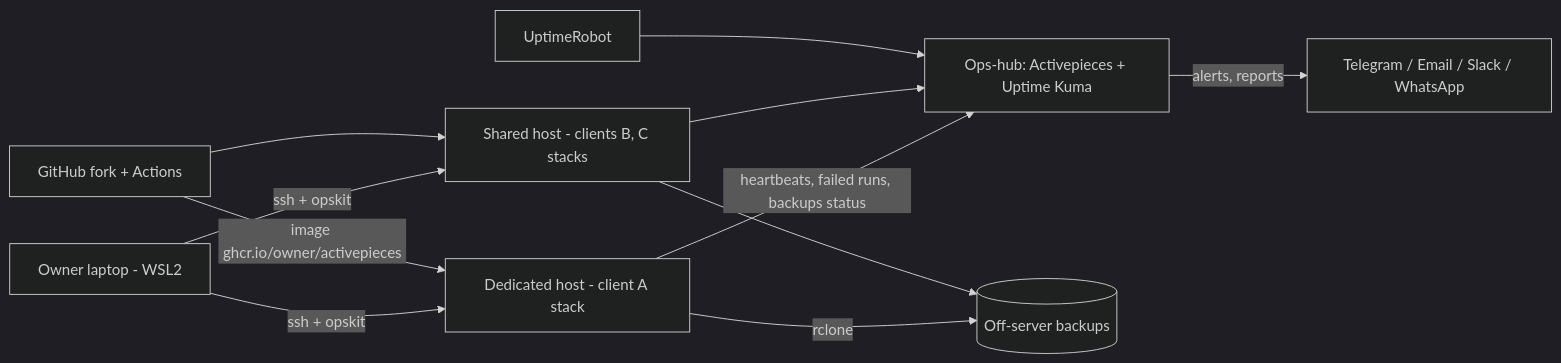
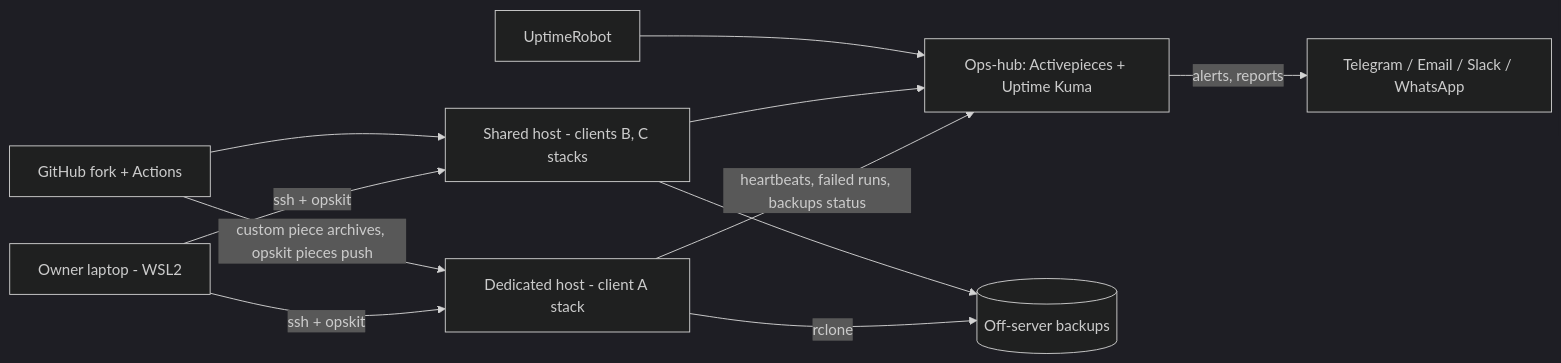
Before and after one commit to sameul-cmd/activepieces: the diagram in docs/TECH_ARCHITECTURE.md, drawn with Mermaid (dark theme). The commit also changed other lines of this file and 7 other files, not shown here.

First line of the commit message:
docs(opskit): switch custom pieces to uploads, close phase 0, plan phase 1

````diff
--- a/docs/TECH_ARCHITECTURE.md
+++ b/docs/TECH_ARCHITECTURE.md
@@ -6,13 +6,13 @@
 ```mermaid
 flowchart LR
   OP[Owner laptop - WSL2] -->|ssh + opskit| H1[Dedicated host - client A stack]
   OP -->|ssh + opskit| H2[Shared host - clients B, C stacks]
-  GH[GitHub fork + Actions] -->|image ghcr.io/owner/activepieces| H1
+  GH[GitHub fork + Actions] -->|custom piece archives, opskit pieces push| H1
   GH --> H2
   H1 -->|heartbeats, failed runs, backups status| HUB[Ops-hub: Activepieces + Uptime Kuma]
   H2 --> HUB
   HUB -->|alerts, reports| CH[Telegram / Email / Slack / WhatsApp]
   H1 -->|rclone| BK[(Off-server backups)]
   H2 --> BK
   UR[UptimeRobot] --> HUB
 ```
````
